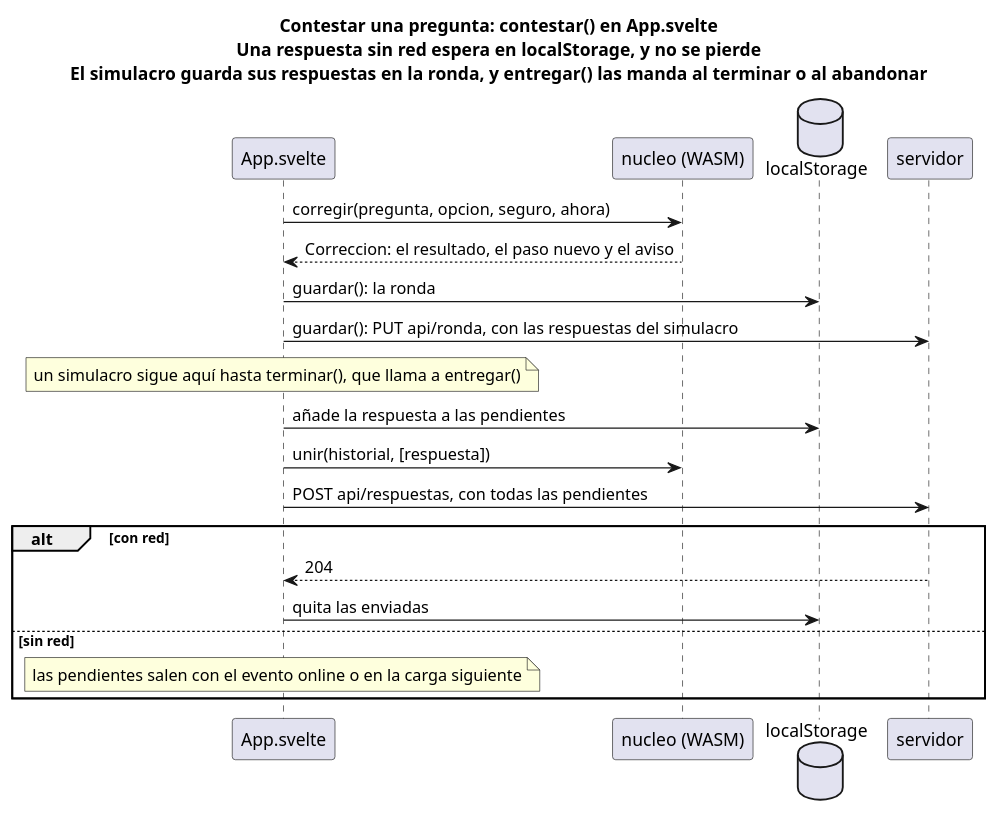
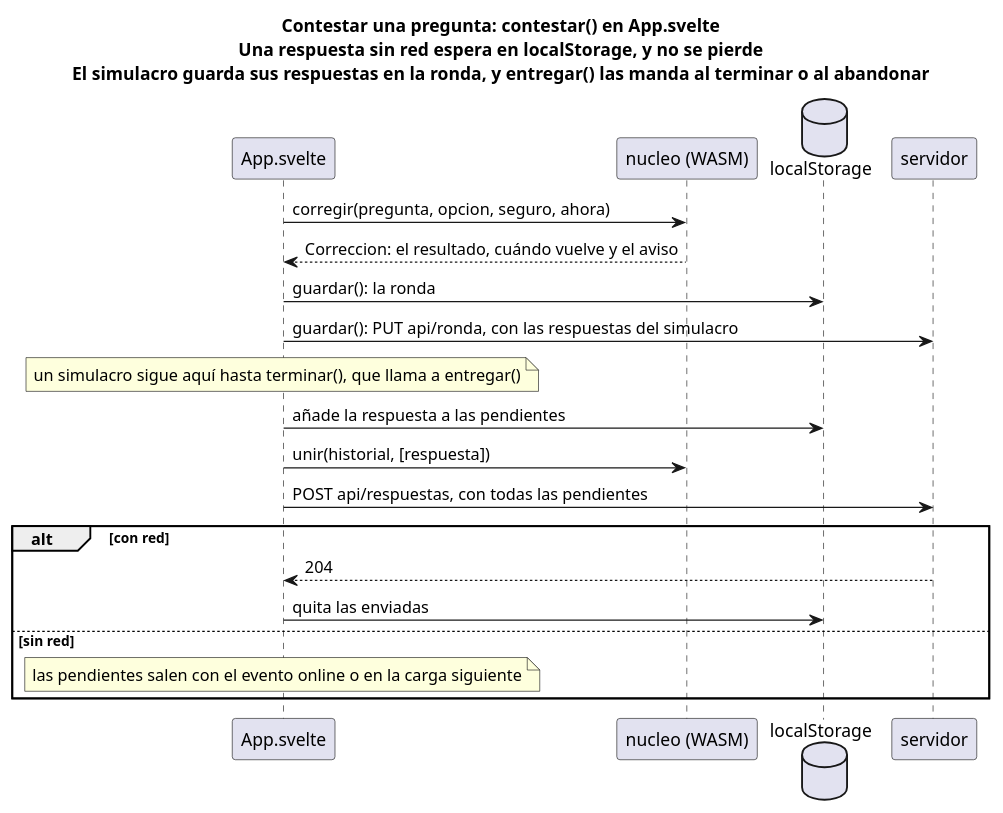
Before and after one commit to jfdg01/examenes: the diagram in docs/diagramas/contestar-una-pregunta.puml, drawn with PlantUML. The commit also changed 11 other files, not shown here.

```diff
--- a/docs/diagramas/contestar-una-pregunta.puml
+++ b/docs/diagramas/contestar-una-pregunta.puml
@@ -1,24 +1,24 @@
 @startuml contestar-una-pregunta
 skinparam shadowing false
 title Contestar una pregunta: contestar() en App.svelte\nUna respuesta sin red espera en localStorage, y no se pierde\nEl simulacro guarda sus respuestas en la ronda, y entregar() las manda al terminar o al abandonar
 
 participant "App.svelte" as App
 participant "nucleo (WASM)" as N
 database localStorage as L
 participant servidor as S
 
 App -> N : corregir(pregunta, opcion, seguro, ahora)
-N --> App : Correccion: el resultado, el paso nuevo y el aviso
+N --> App : Correccion: el resultado, cuándo vuelve y el aviso
 App -> L : guardar(): la ronda
 App -> S : guardar(): PUT api/ronda, con las respuestas del simulacro
 note over App : un simulacro sigue aquí hasta terminar(), que llama a entregar()
 App -> L : añade la respuesta a las pendientes
 App -> N : unir(historial, [respuesta])
 App -> S : POST api/respuestas, con todas las pendientes
 alt con red
   S --> App : 204
   App -> L : quita las enviadas
 else sin red
   note over App : las pendientes salen con el evento online o en la carga siguiente
 end
 @enduml
```
